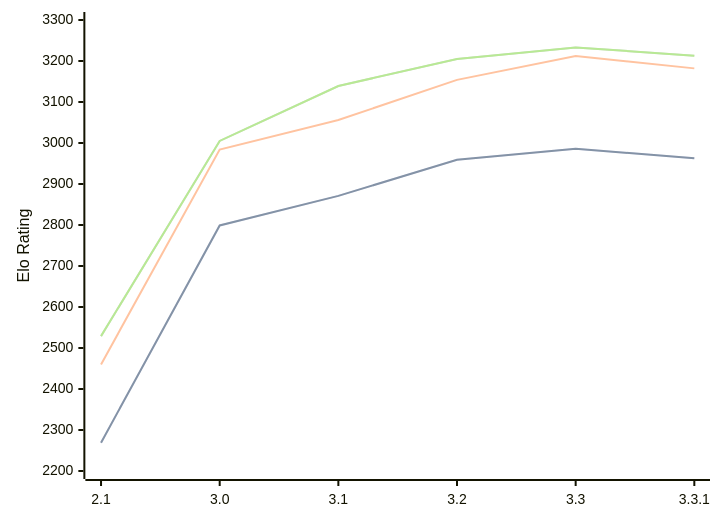
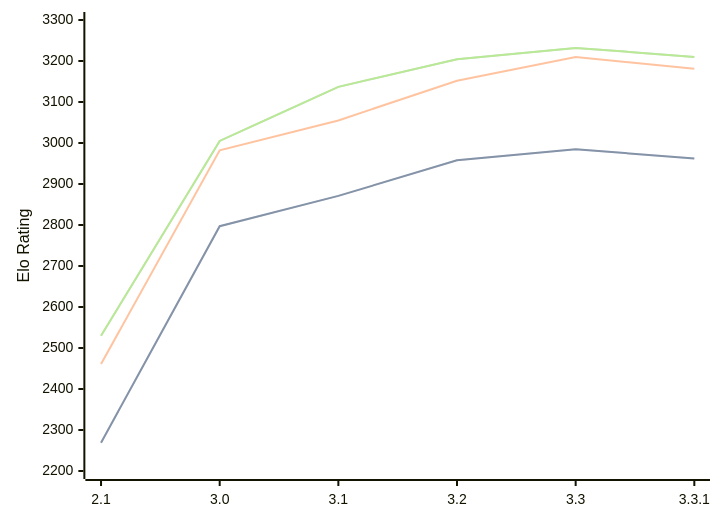
The diagram in engines/Petrel.md (computer-chess-index/cci), drawn with Mermaid before and after one commit. The commit also changed other lines of this file, not shown here.

Commit message:
Update CCI Ratings (ELO VLTC) - 2026-02-18

````diff
--- a/engines/Petrel.md
+++ b/engines/Petrel.md
@@ -40,11 +40,11 @@
 ```mermaid
 %%{init: {"theme":"base","themeVariables":{"seriesColors:['#a3a3a3','#222221','#faa371']}}}%%
 xychart-beta
   x-axis ["2.1", "3.0", "3.1", "3.2", "3.3", "3.3.1"]
   y-axis "Elo Rating" 2200 --> 3300
-  line "STC (8.0+0.08s)" [2269, 2799, 2871, 2959, 2986, 2963]
-  line "STC (8.0+0.08s)" [2269, 2799, 2871, 2959, 2986, 2963]
-  line "LTC (60.0+0.60s)" [2460, 2984, 3056, 3154, 3212, 3182]
-  line "VLTC (2m24s+1.12s)" [2529, 3005, 3139, 3205, 3233, 3213]
-  line "VLTC (2m24s+1.12s)" [2529, 3005, 3139, 3205, 3233, 3213]
+  line "STC (8.0+0.08s)" [2269, 2797, 2871, 2958, 2985, 2962]
+  line "STC (8.0+0.08s)" [2269, 2797, 2871, 2958, 2985, 2962]
+  line "LTC (60.0+0.60s)" [2461, 2982, 3055, 3152, 3210, 3181]
+  line "VLTC (2m24s+1.12s)" [2530, 3005, 3137, 3204, 3232, 3210]
+  line "VLTC (2m24s+1.12s)" [2530, 3005, 3137, 3204, 3232, 3210]
 ```
````
